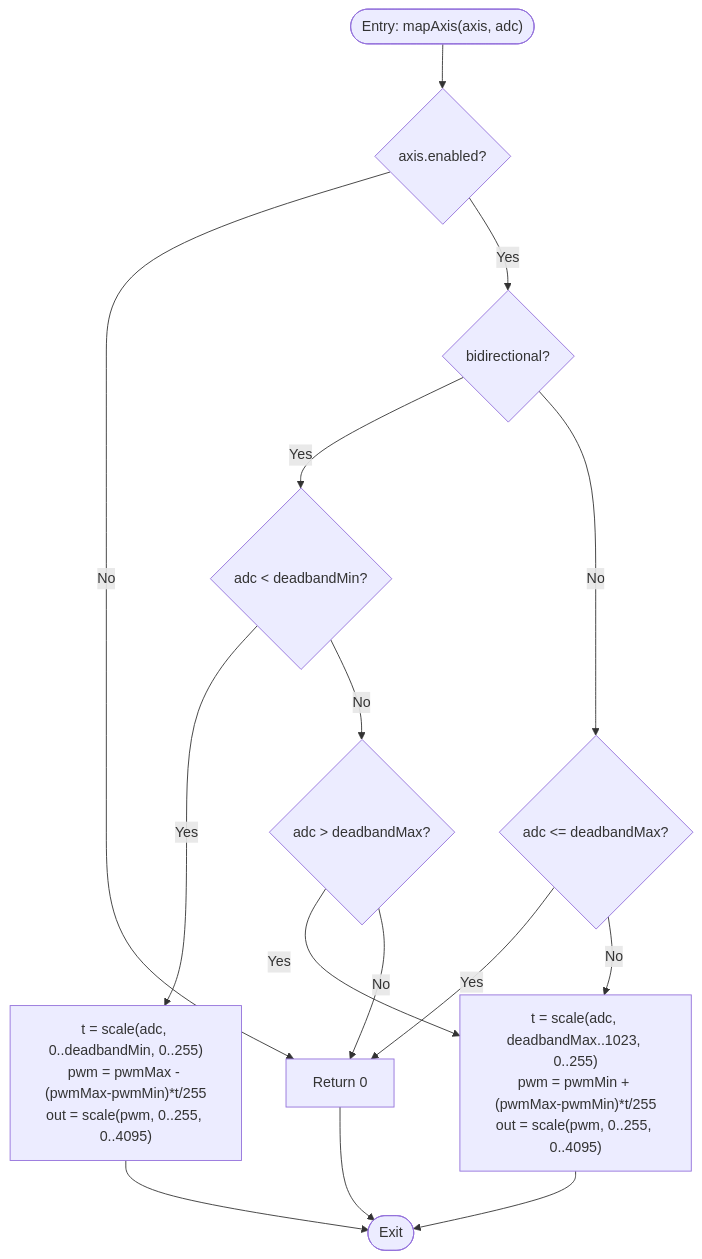
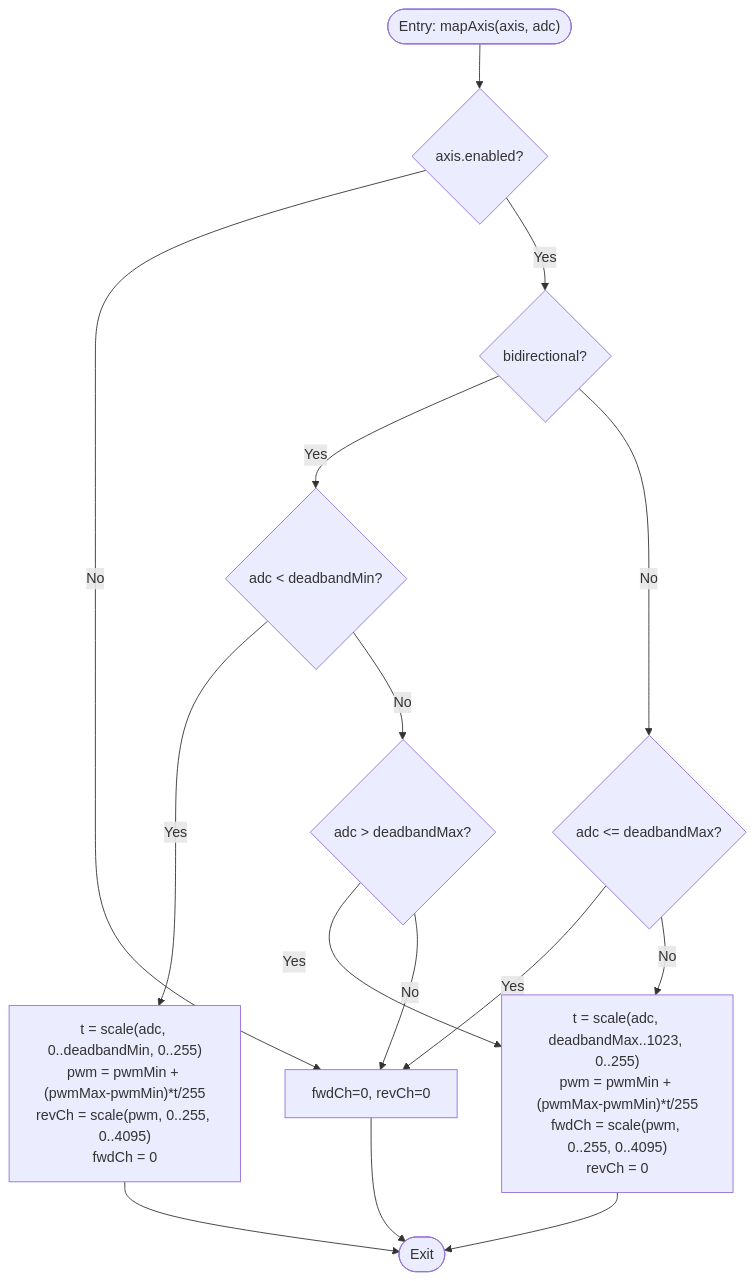
Before and after one commit to gunicsba/ESP_CAN_ECU_joystick_collection: the third of 5 diagrams in .qoder/repowiki/en/content/ECU Implementations/Motor Driver ECU/PWM Mapping Algorithm.md, drawn with Mermaid. The commit also changed other lines of this file and 11 other files, not shown here.

````diff
--- a/.qoder/repowiki/en/content/ECU Implementations/Motor Driver ECU/PWM Mapping Algorithm.md
+++ b/.qoder/repowiki/en/content/ECU Implementations/Motor Driver ECU/PWM Mapping Algorithm.md
@@ -122,17 +145,17 @@
 ```mermaid
 flowchart TD
 Start(["Entry: mapAxis(axis, adc)"]) --> CheckEnabled{"axis.enabled?"}
-CheckEnabled --> |No| OutZero["Return 0"]
+CheckEnabled --> |No| OutZero["fwdCh=0, revCh=0"]
 CheckEnabled --> |Yes| CheckBiDir{"bidirectional?"}
 CheckBiDir --> |Yes| BelowDB{"adc < deadbandMin?"}
-BelowDB --> |Yes| ScaleRev["t = scale(adc, 0..deadbandMin, 0..255)<br/>pwm = pwmMax - (pwmMax-pwmMin)*t/255<br/>out = scale(pwm, 0..255, 0..4095)"]
+BelowDB --> |Yes| ScaleRev["t = scale(adc, 0..deadbandMin, 0..255)<br/>pwm = pwmMin + (pwmMax-pwmMin)*t/255<br/>revCh = scale(pwm, 0..255, 0..4095)<br/>fwdCh = 0"]
 BelowDB --> |No| AboveDB{"adc > deadbandMax?"}
-AboveDB --> |Yes| ScaleFwd["t = scale(adc, deadbandMax..1023, 0..255)<br/>pwm = pwmMin + (pwmMax-pwmMin)*t/255<br/>out = scale(pwm, 0..255, 0..4095)"]
+AboveDB --> |Yes| ScaleFwd["t = scale(adc, deadbandMax..1023, 0..255)<br/>pwm = pwmMin + (pwmMax-pwmMin)*t/255<br/>fwdCh = scale(pwm, 0..255, 0..4095)<br/>revCh = 0"]
 AboveDB --> |No| OutZero
 CheckBiDir --> |No| CheckDeadband{"adc <= deadbandMax?"}
 CheckDeadband --> |Yes| OutZero
 CheckDeadband --> |No| ScaleFwd
 ScaleRev --> End(["Exit"])
 ScaleFwd --> End
 OutZero --> End
 ```
````
